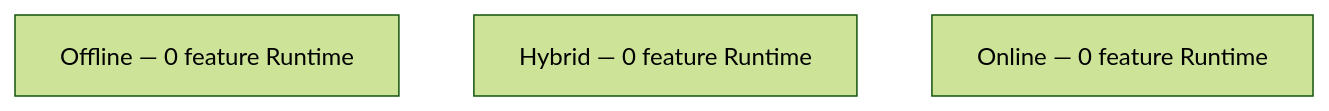
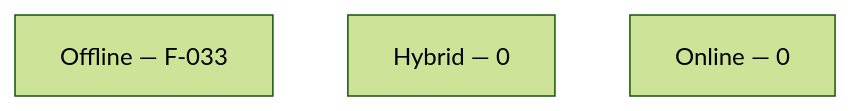
Before and after one commit to JavaChrist/Tai-Chi-AI-Coach: the fifth of 5 diagrams in docs/runtime/07_OFFLINE_STATUS.md, drawn with Mermaid (forest theme). The commit also changed other lines of this file and 39 other files, not shown here.

First line of the commit message:
feat(onboarding): add local guided onboarding flow

````diff
--- a/docs/runtime/07_OFFLINE_STATUS.md
+++ b/docs/runtime/07_OFFLINE_STATUS.md
@@ -134,6 +135,6 @@
 ```mermaid
 flowchart TB
-  Offline[Offline — 0 feature Runtime]
-  Hybrid[Hybrid — 0 feature Runtime]
-  Online[Online — 0 feature Runtime]
+  Offline[Offline — F-033]
+  Hybrid[Hybrid — 0]
+  Online[Online — 0]
 ```
````
